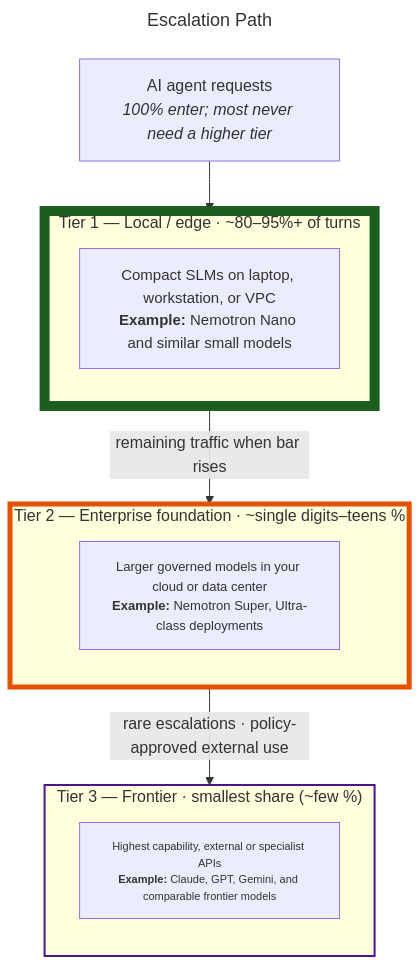
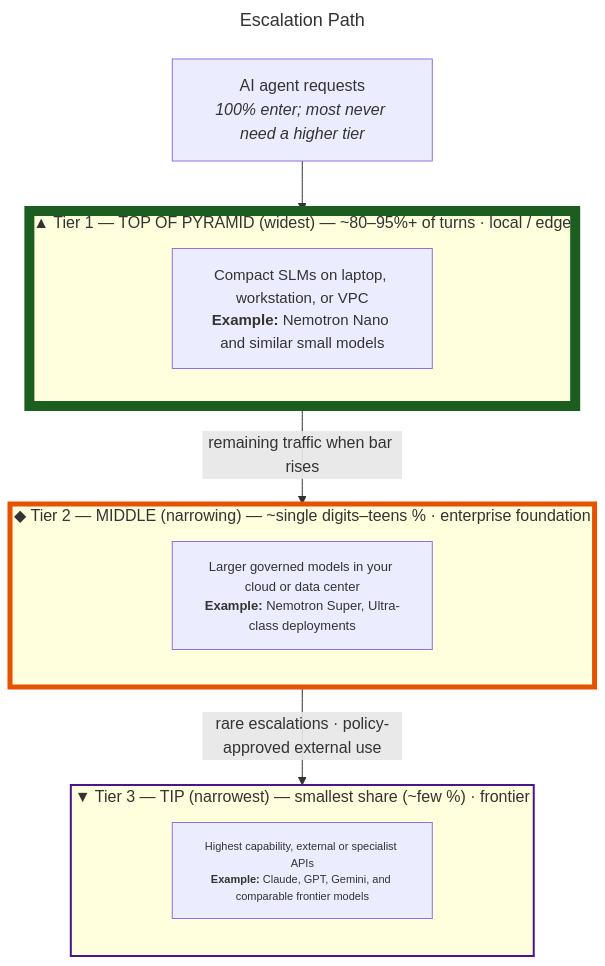
Before and after one commit to NVIDIA/nim-deploy: the diagram in cloud-service-providers/azure/workshops/cursor-dynamo/README.md, drawn with Mermaid. The commit also changed other lines of this file and 2 other files, not shown here.

Commit message:
{"request":"commit, push","response":"Ran refresh-conversation-export.sh; staged README.md (Escalation Path graphic + inverted-pyramid Mermaid), escalation-path-pyramid.png, conversation-export.jsonl; committed on branch cursor-dynamo; pushed to origin cursor-dynamo."}

````diff
--- a/cloud-service-providers/azure/workshops/cursor-dynamo/README.md
+++ b/cloud-service-providers/azure/workshops/cursor-dynamo/README.md
@@ -1,34 +7,34 @@
 ```mermaid
 ---
 title: Escalation Path
 ---
 flowchart TB
     REQ["AI agent requests<br/><i>100% enter; most never need a higher tier</i>"]
 
-    subgraph tier1["Tier 1 — Local / edge · ~80–95%+ of turns"]
+    subgraph tier1["▲ Tier 1 — TOP OF PYRAMID (widest) — ~80–95%+ of turns · local / edge"]
         direction TB
         L1["Compact SLMs on laptop, workstation, or VPC<br/><b>Example:</b> Nemotron Nano and similar small models"]
     end
 
-    subgraph tier2["Tier 2 — Enterprise foundation · ~single digits–teens %"]
+    subgraph tier2["◆ Tier 2 — MIDDLE (narrowing) — ~single digits–teens % · enterprise foundation"]
         direction TB
         L2["Larger governed models in your cloud or data center<br/><b>Example:</b> Nemotron Super, Ultra-class deployments"]
     end
 
-    subgraph tier3["Tier 3 — Frontier · smallest share (~few %)"]
+    subgraph tier3["▼ Tier 3 — TIP (narrowest) — smallest share (~few %) · frontier"]
         direction TB
         L3["Highest capability, external or specialist APIs<br/><b>Example:</b> Claude, GPT, Gemini, and comparable frontier models"]
     end
 
     REQ --> tier1
     tier1 -->|"remaining traffic when bar rises"| tier2
     tier2 -->|"rare escalations · policy-approved external use"| tier3
 
     style tier1 stroke-width:10px,stroke:#1b5e20
     style tier2 stroke-width:5px,stroke:#e65100
     style tier3 stroke-width:2px,stroke:#4a148c
 
     style L1 font-size:15px
     style L2 font-size:13px
     style L3 font-size:11px
 ```
````
